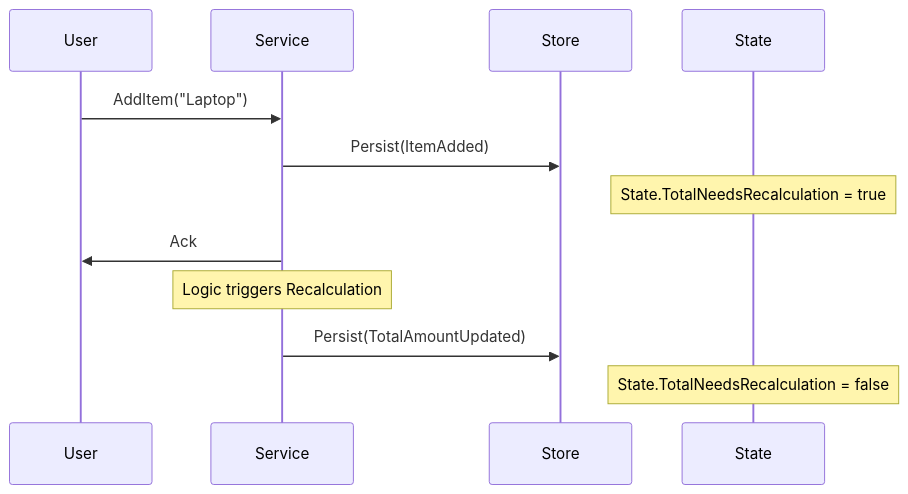
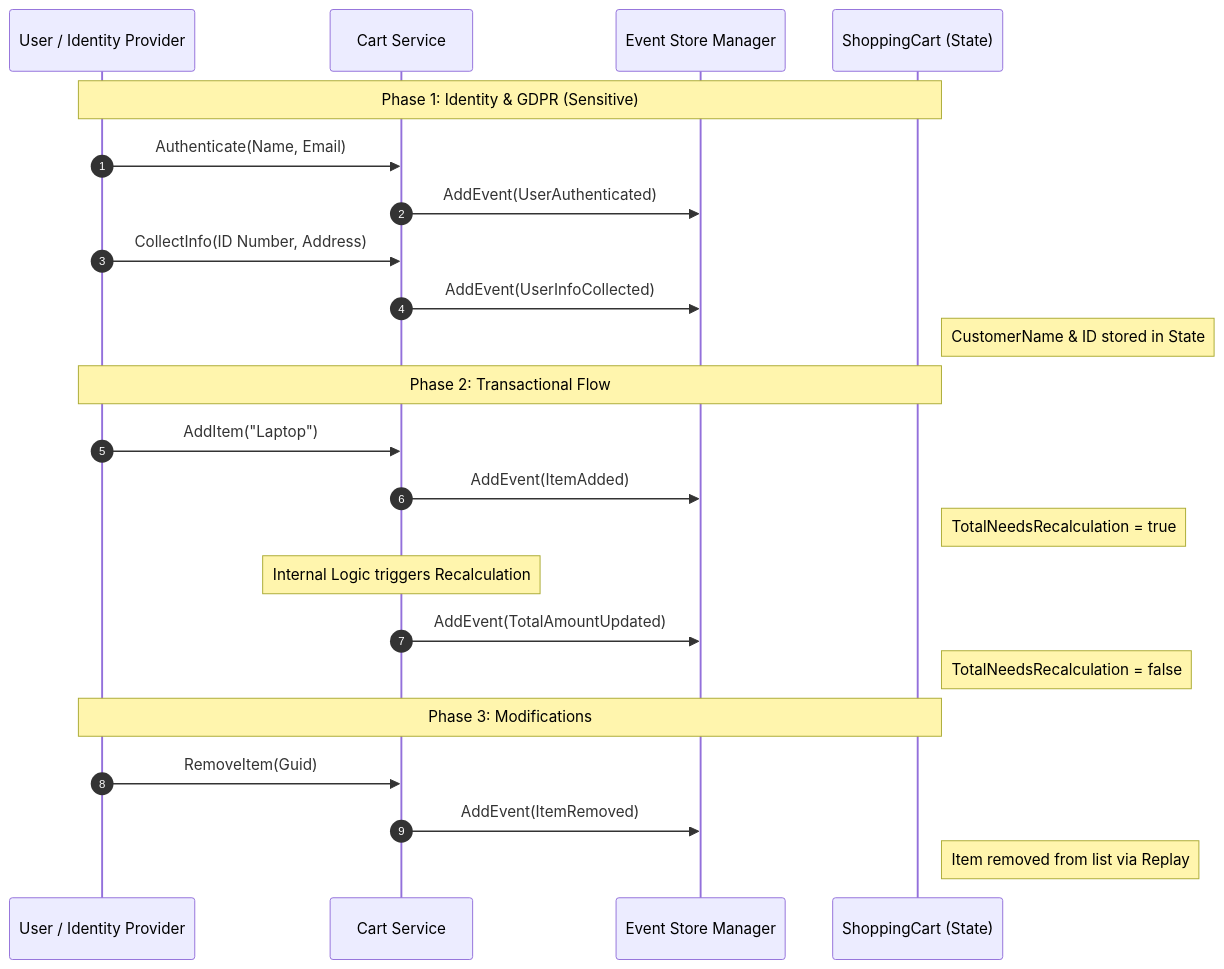
One commit to victorcassel/SyncSourcing.Core changed the diagram in src/PoC1.BasicEventSourcing/README.md. Above: the diagram before and after it, drawn with Mermaid.

Commit message:
Updated mermaid

````diff
--- a/src/PoC1.BasicEventSourcing/README.md
+++ b/src/PoC1.BasicEventSourcing/README.md
@@ -27,15 +27,29 @@
 ```mermaid
 sequenceDiagram
-    participant User
-    participant Service
-    participant Store
-    participant State
+    autonumber
+    participant U as User / Identity Provider
+    participant S as Cart Service
+    participant M as Event Store Manager
+    participant St as ShoppingCart (State)
 
-    User->>Service: AddItem("Laptop")
-    Service->>Store: Persist(ItemAdded)
-    Note over State: State.TotalNeedsRecalculation = true
-    Service->>User: Ack
-    Note over Service: Logic triggers Recalculation
-    Service->>Store: Persist(TotalAmountUpdated)
-    Note over State: State.TotalNeedsRecalculation = false
+    Note over U, St: Phase 1: Identity & GDPR (Sensitive)
+    U->>S: Authenticate(Name, Email)
+    S->>M: AddEvent(UserAuthenticated)
+    U->>S: CollectInfo(ID Number, Address)
+    S->>M: AddEvent(UserInfoCollected)
+    Note right of St: CustomerName & ID stored in State
+
+    Note over U, St: Phase 2: Transactional Flow
+    U->>S: AddItem("Laptop")
+    S->>M: AddEvent(ItemAdded)
+    Note right of St: TotalNeedsRecalculation = true
+    
+    Note over S: Internal Logic triggers Recalculation
+    S->>M: AddEvent(TotalAmountUpdated)
+    Note right of St: TotalNeedsRecalculation = false
+
+    Note over U, St: Phase 3: Modifications
+    U->>S: RemoveItem(Guid)
+    S->>M: AddEvent(ItemRemoved)
+    Note right of St: Item removed from list via Replay
 ```
````
